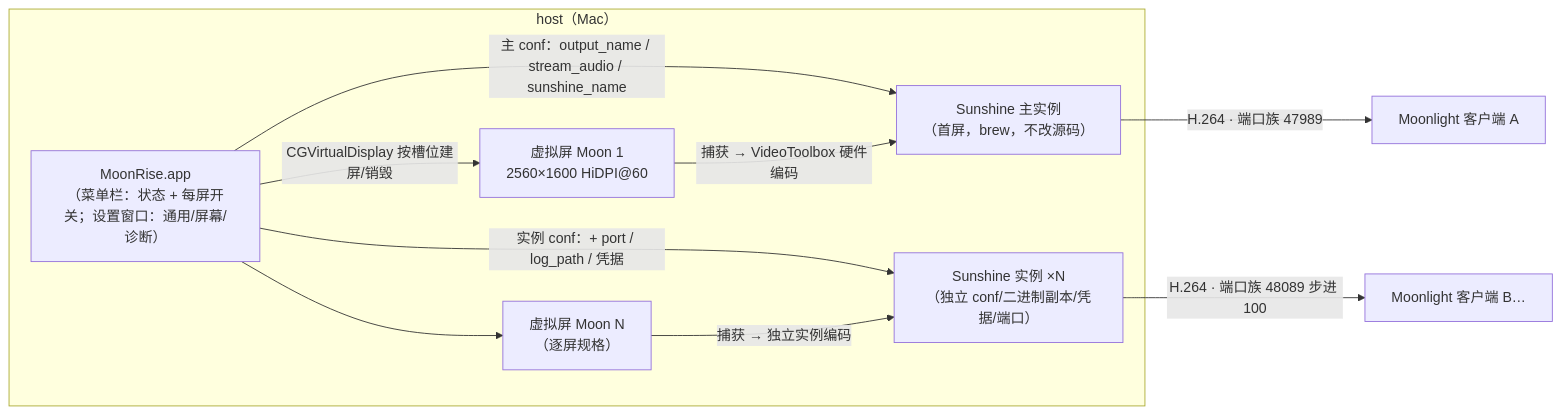
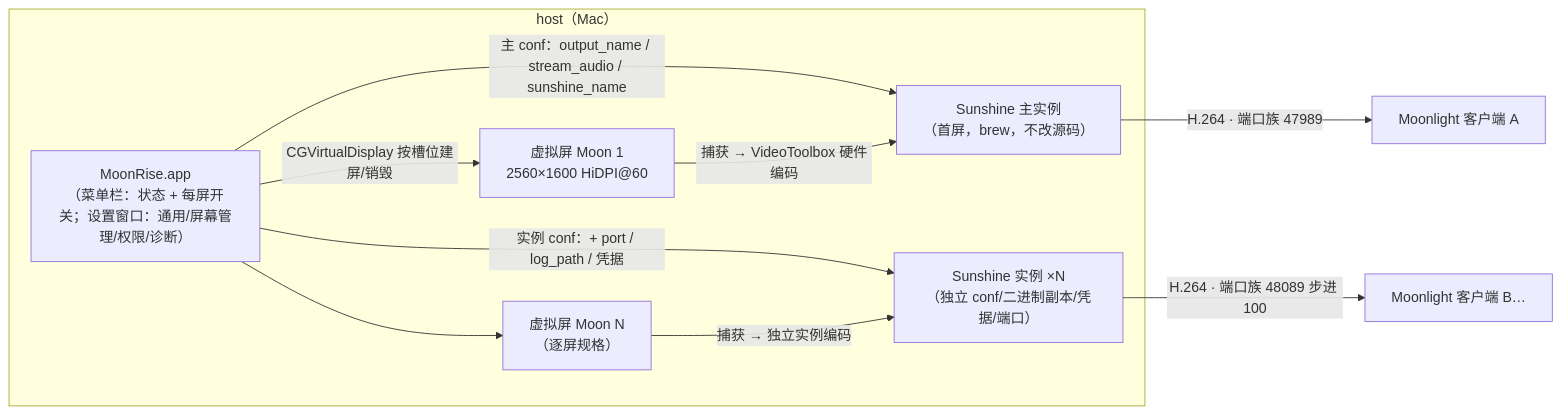
Before and after one commit to rexzhang/moonrise: the first of 2 diagrams in docs/architecture.md, drawn with Mermaid. The commit also changed 11 other files, not shown here.

````diff
--- a/docs/architecture.md
+++ b/docs/architecture.md
@@ -7,18 +7,18 @@
 ```mermaid
 flowchart LR
     subgraph host["host（Mac）"]
-        app["MoonRise.app<br/>（菜单栏：状态 + 每屏开关；设置窗口：通用/屏幕/诊断）"]
+        app["MoonRise.app<br/>（菜单栏：状态 + 每屏开关；设置窗口：通用/屏幕管理/权限/诊断）"]
         s1["虚拟屏 Moon 1<br/>2560×1600 HiDPI@60"]
         s2["虚拟屏 Moon N<br/>（逐屏规格）"]
         main["Sunshine 主实例<br/>（首屏，brew，不改源码）"]
         inst["Sunshine 实例 ×N<br/>（独立 conf/二进制副本/凭据/端口）"]
         app -->|"CGVirtualDisplay 按槽位建屏/销毁"| s1
         app --> s2
         app -->|"主 conf：output_name / stream_audio / sunshine_name"| main
         app -->|"实例 conf：+ port / log_path / 凭据"| inst
         s1 -->|"捕获 → VideoToolbox 硬件编码"| main
         s2 -->|"捕获 → 独立实例编码"| inst
     end
     main -->|"H.264 · 端口族 47989"| c1["Moonlight 客户端 A"]
     inst -->|"H.264 · 端口族 48089 步进 100"| c2["Moonlight 客户端 B…"]
 ```
````
